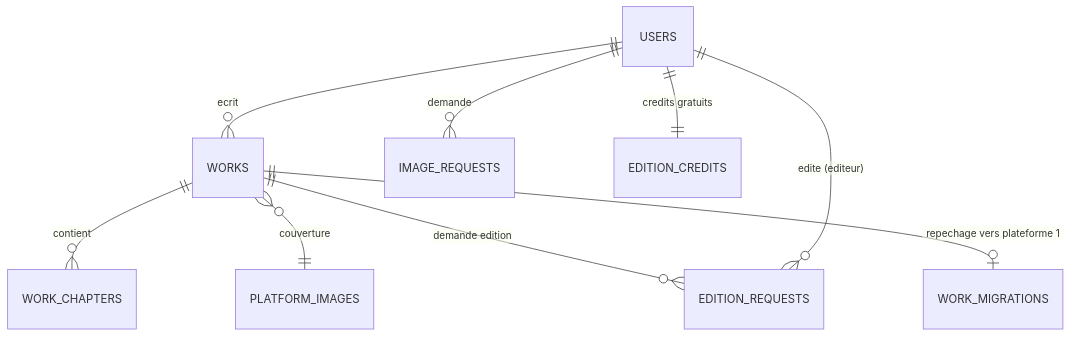
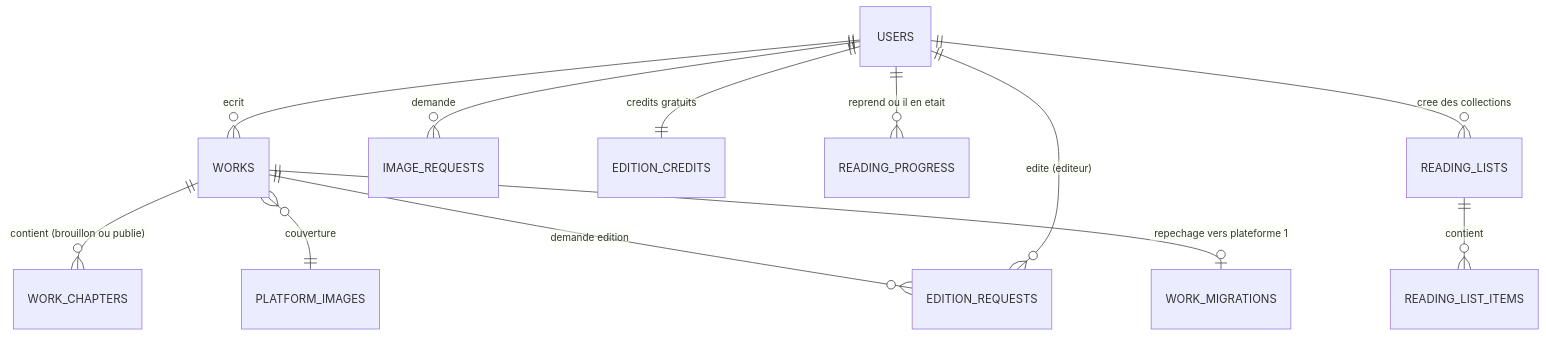
Before and after one commit to mitsukisegondconpte/Bd-obsidian: the third of 4 diagrams in database/README.md, drawn with Mermaid. The commit also changed other lines of this file and 45 other files, not shown here.

````diff
--- a/database/README.md
+++ b/database/README.md
@@ -168,11 +183,14 @@
 ```mermaid
 erDiagram
     USERS ||--o{ WORKS : ecrit
-    WORKS ||--o{ WORK_CHAPTERS : contient
+    WORKS ||--o{ WORK_CHAPTERS : "contient (brouillon ou publie)"
     WORKS }o--|| PLATFORM_IMAGES : "couverture"
     USERS ||--o{ IMAGE_REQUESTS : demande
     WORKS ||--o{ EDITION_REQUESTS : "demande edition"
     USERS ||--o{ EDITION_REQUESTS : "edite (editeur)"
     USERS ||--|| EDITION_CREDITS : "credits gratuits"
     WORKS ||--o| WORK_MIGRATIONS : "repechage vers plateforme 1"
+    USERS ||--o{ READING_PROGRESS : "reprend ou il en etait"
+    USERS ||--o{ READING_LISTS : "cree des collections"
+    READING_LISTS ||--o{ READING_LIST_ITEMS : contient
 ```
````
